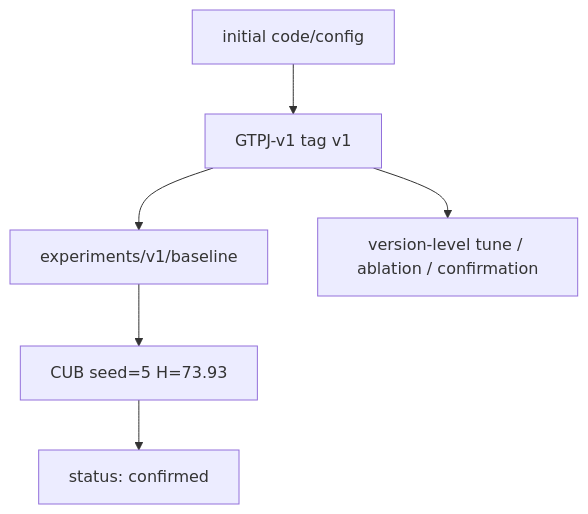
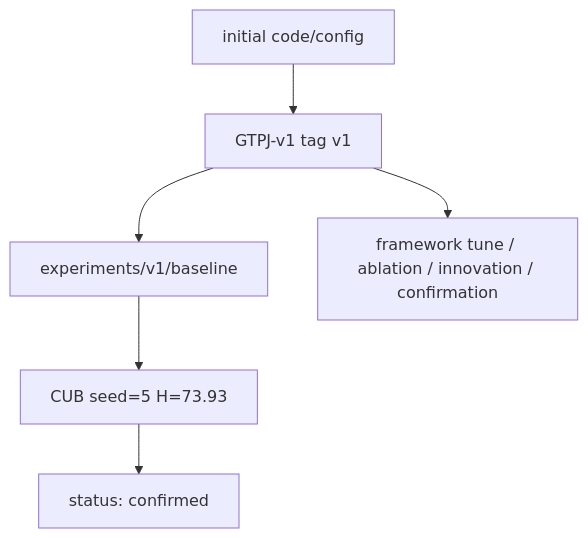
One commit to GetlotMoney/GTPJ changed the diagram in experiments/v1/VERSION.md. Above: the diagram before and after it, drawn with Mermaid. The commit also changed other lines of this file and 117 other files, not shown here.

````diff
--- a/experiments/v1/VERSION.md
+++ b/experiments/v1/VERSION.md
@@ -65,8 +65,8 @@
 ```mermaid
 flowchart TD
   Initial["initial code/config"] --> V1["GTPJ-v1 tag v1"]
   V1 --> Baseline["experiments/v1/baseline"]
   Baseline --> Result["CUB seed=5 H=73.93"]
   Result --> Status["status: confirmed"]
-  V1 --> Future["version-level tune / ablation / confirmation"]
+  V1 --> Future["framework tune / ablation / innovation / confirmation"]
 ```
````
